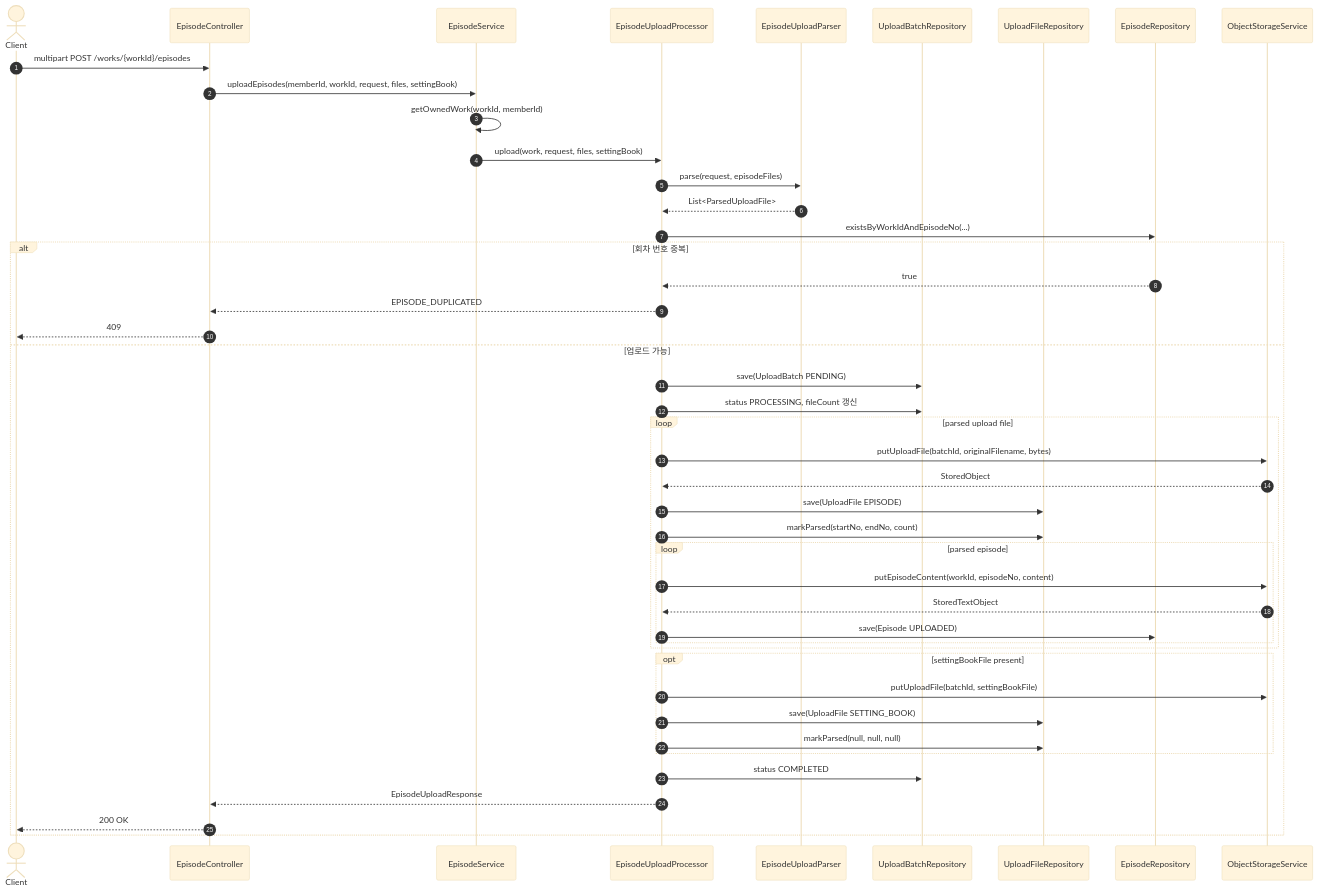
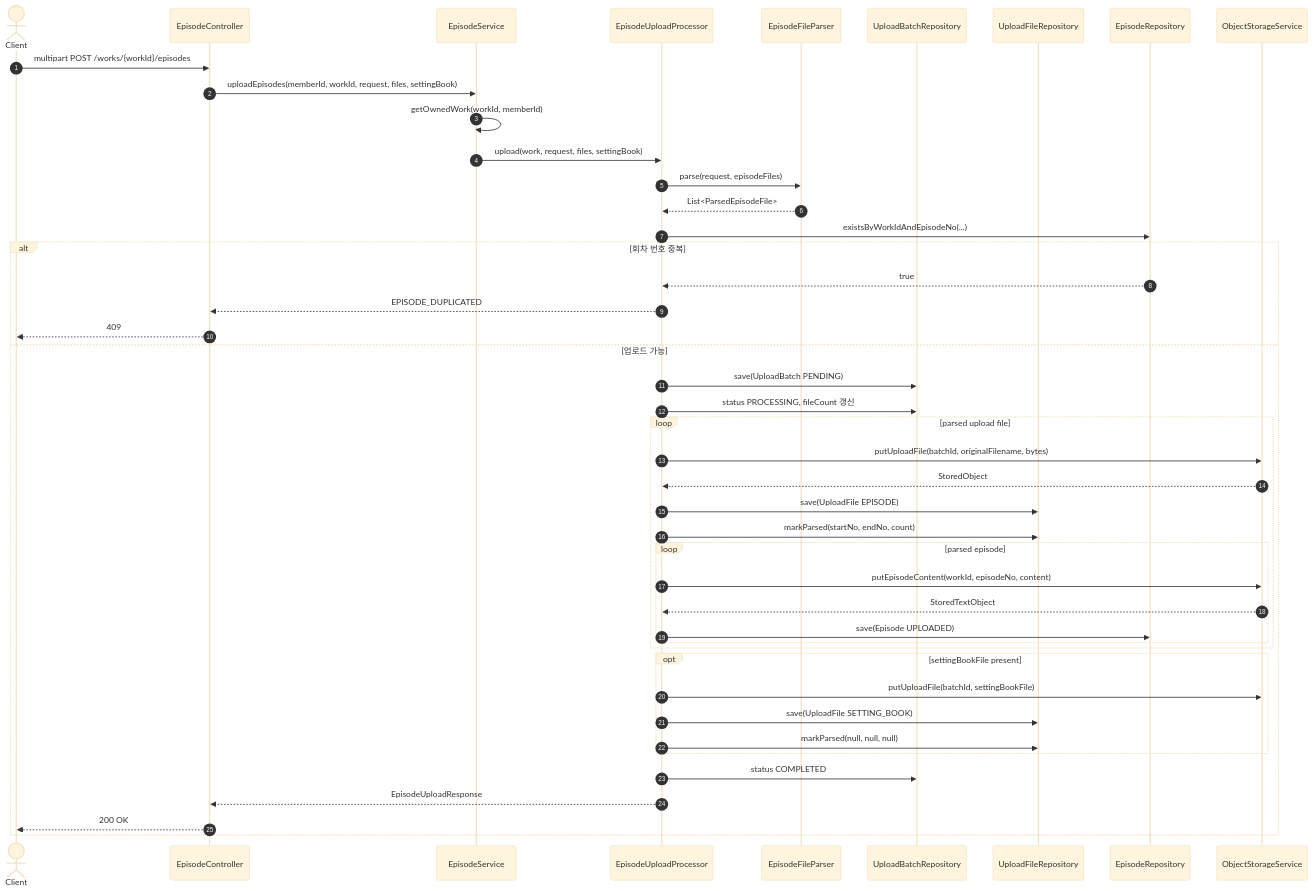
Before and after one commit to catchhole-soma/catchhole-backend-java: the second of 4 diagrams in docs/upload-episode-workflow.md, drawn with Mermaid (base theme). The commit also changed other lines of this file and 3 other files, not shown here.

````diff
--- a/docs/upload-episode-workflow.md
+++ b/docs/upload-episode-workflow.md
@@ -34,48 +34,48 @@
 ```mermaid
 sequenceDiagram
     autonumber
     actor Client
     participant Controller as EpisodeController
     participant Service as EpisodeService
     participant Processor as EpisodeUploadProcessor
-    participant Parser as EpisodeUploadParser
+    participant Parser as EpisodeFileParser
     participant BatchRepo as UploadBatchRepository
     participant FileRepo as UploadFileRepository
     participant EpisodeRepo as EpisodeRepository
     participant Storage as ObjectStorageService
 
     Client->>Controller: multipart POST /works/{workId}/episodes
     Controller->>Service: uploadEpisodes(memberId, workId, request, files, settingBook)
     Service->>Service: getOwnedWork(workId, memberId)
     Service->>Processor: upload(work, request, files, settingBook)
     Processor->>Parser: parse(request, episodeFiles)
-    Parser-->>Processor: List<ParsedUploadFile>
+    Parser-->>Processor: List<ParsedEpisodeFile>
     Processor->>EpisodeRepo: existsByWorkIdAndEpisodeNo(...)
     alt 회차 번호 중복
         EpisodeRepo-->>Processor: true
         Processor-->>Controller: EPISODE_DUPLICATED
         Controller-->>Client: 409
     else 업로드 가능
         Processor->>BatchRepo: save(UploadBatch PENDING)
         Processor->>BatchRepo: status PROCESSING, fileCount 갱신
         loop parsed upload file
             Processor->>Storage: putUploadFile(batchId, originalFilename, bytes)
             Storage-->>Processor: StoredObject
             Processor->>FileRepo: save(UploadFile EPISODE)
             Processor->>FileRepo: markParsed(startNo, endNo, count)
             loop parsed episode
                 Processor->>Storage: putEpisodeContent(workId, episodeNo, content)
                 Storage-->>Processor: StoredTextObject
                 Processor->>EpisodeRepo: save(Episode UPLOADED)
             end
         end
         opt settingBookFile present
             Processor->>Storage: putUploadFile(batchId, settingBookFile)
             Processor->>FileRepo: save(UploadFile SETTING_BOOK)
             Processor->>FileRepo: markParsed(null, null, null)
         end
         Processor->>BatchRepo: status COMPLETED
         Processor-->>Controller: EpisodeUploadResponse
         Controller-->>Client: 200 OK
     end
 ```
````
